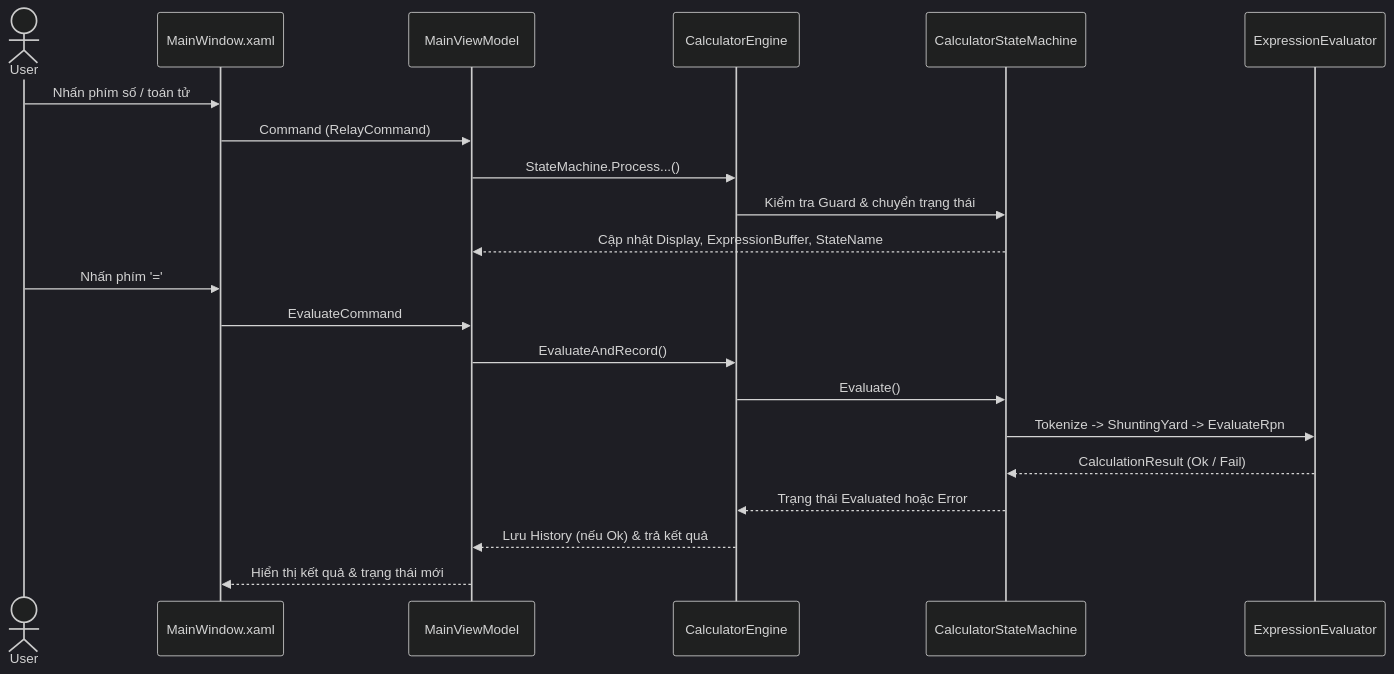
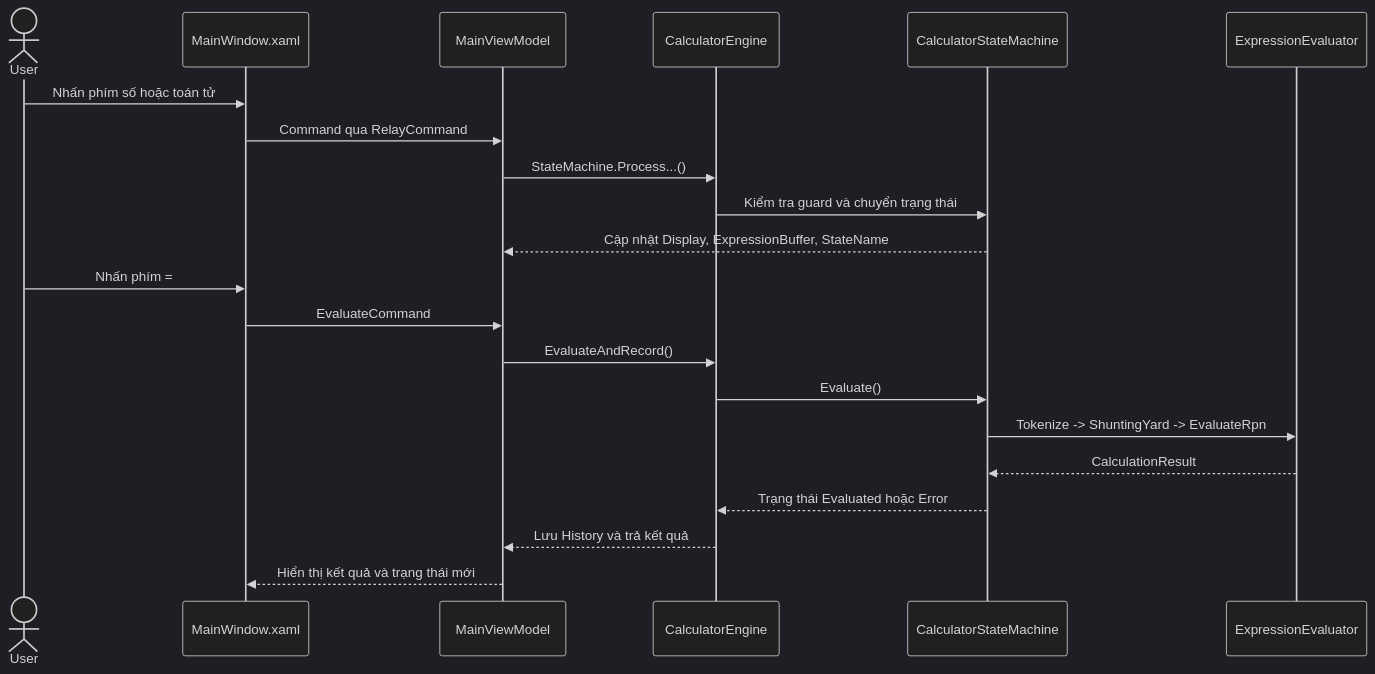
One commit to lexipit3268/CT287_KiemChungMoHinh_Labs changed the second of 2 diagrams in 05_Calculator/docs/report.md. Above: the diagram before and after it, drawn with Mermaid (dark theme). The commit also changed other lines of this file and 1 other file, not shown here.

````diff
--- a/05_Calculator/docs/report.md
+++ b/05_Calculator/docs/report.md
@@ -261,25 +297,25 @@
 ```mermaid
 sequenceDiagram
     actor User
     participant View as MainWindow.xaml
     participant VM as MainViewModel
     participant Engine as CalculatorEngine
     participant FSM as CalculatorStateMachine
     participant Eval as ExpressionEvaluator
 
-    User->>View: Nhấn phím số / toán tử
-    View->>VM: Command (RelayCommand)
+    User->>View: Nhấn phím số hoặc toán tử
+    View->>VM: Command qua RelayCommand
     VM->>Engine: StateMachine.Process...()
-    Engine->>FSM: Kiểm tra Guard & chuyển trạng thái
+    Engine->>FSM: Kiểm tra guard và chuyển trạng thái
     FSM-->>VM: Cập nhật Display, ExpressionBuffer, StateName
 
-    User->>View: Nhấn phím '='
+    User->>View: Nhấn phím =
     View->>VM: EvaluateCommand
     VM->>Engine: EvaluateAndRecord()
     Engine->>FSM: Evaluate()
     FSM->>Eval: Tokenize -> ShuntingYard -> EvaluateRpn
-    Eval-->>FSM: CalculationResult (Ok / Fail)
+    Eval-->>FSM: CalculationResult
     FSM-->>Engine: Trạng thái Evaluated hoặc Error
-    Engine-->>VM: Lưu History (nếu Ok) & trả kết quả
-    VM-->>View: Hiển thị kết quả & trạng thái mới
+    Engine-->>VM: Lưu History và trả kết quả
+    VM-->>View: Hiển thị kết quả và trạng thái mới
 ```
````
